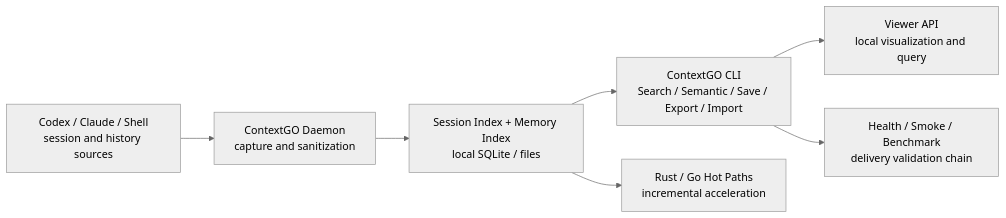
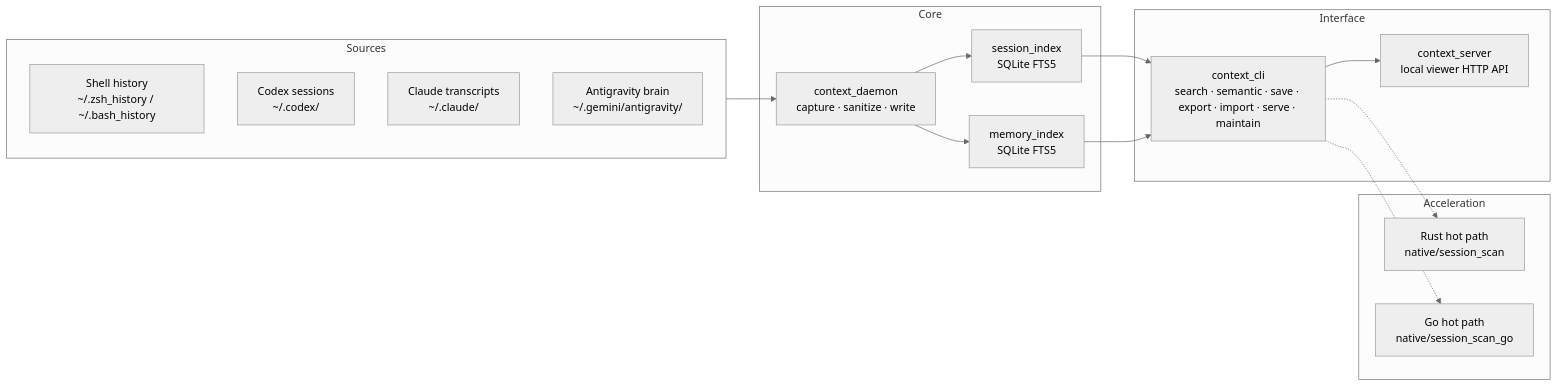
One commit to dunova/context-mesh-foundry changed the first of 2 diagrams in docs/ARCHITECTURE.md. Above: the diagram before and after it, drawn with Mermaid (neutral theme). The commit also changed other lines of this file and 36 other files, not shown here.

````diff
--- a/docs/ARCHITECTURE.md
+++ b/docs/ARCHITECTURE.md
@@ -80,9 +15,34 @@
 ```mermaid
 flowchart LR
-    A["Codex / Claude / Shell<br/>session and history sources"] --> B["ContextGO Daemon<br/>capture and sanitization"]
-    B --> C["Session Index + Memory Index<br/>local SQLite / files"]
-    C --> D["ContextGO CLI<br/>Search / Semantic / Save / Export / Import"]
-    D --> E["Viewer API<br/>local visualization and query"]
-    D --> F["Health / Smoke / Benchmark<br/>delivery validation chain"]
-    C --> G["Rust / Go Hot Paths<br/>incremental acceleration"]
+    subgraph Sources
+        S1["Shell history<br/>~/.zsh_history / ~/.bash_history"]
+        S2["Codex sessions<br/>~/.codex/"]
+        S3["Claude transcripts<br/>~/.claude/"]
+        S4["Antigravity brain<br/>~/.gemini/antigravity/"]
+    end
+
+    subgraph Core
+        D["context_daemon<br/>capture · sanitize · write"]
+        SI["session_index<br/>SQLite FTS5"]
+        MI["memory_index<br/>SQLite FTS5"]
+    end
+
+    subgraph Interface
+        CLI["context_cli<br/>search · semantic · save · export · import · serve · maintain"]
+        SRV["context_server<br/>local viewer HTTP API"]
+    end
+
+    subgraph Acceleration
+        RS["Rust hot path<br/>native/session_scan"]
+        GO["Go hot path<br/>native/session_scan_go"]
+    end
+
+    Sources --> D
+    D --> SI
+    D --> MI
+    SI --> CLI
+    MI --> CLI
+    CLI --> SRV
+    CLI -.-> RS
+    CLI -.-> GO
 ```
````
